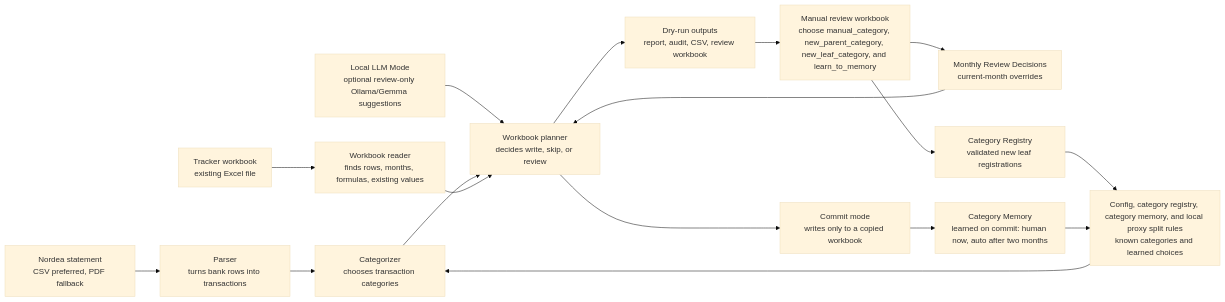
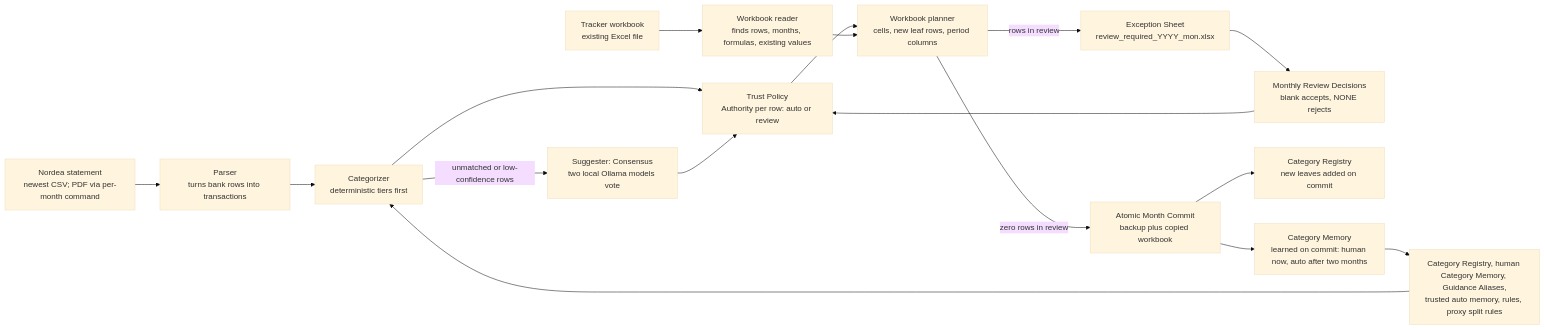
Before and after one commit to EricleungDK/personalwealthtracker: the second of 5 diagrams in docs/project_overview.md, drawn with Mermaid (base theme). The commit also changed other lines of this file and 28 other files, not shown here.

Commit message:
docs: consolidate docs, split context.md into snapshot + decisions log

````diff
--- a/docs/project_overview.md
+++ b/docs/project_overview.md
@@ -47,21 +47,21 @@
 ```mermaid
 flowchart LR
-  Statement["Nordea statement<br/>CSV preferred, PDF fallback"] --> Parser["Parser<br/>turns bank rows into transactions"]
+  Statement["Nordea statement<br/>newest CSV; PDF via per-month command"] --> Parser["Parser<br/>turns bank rows into transactions"]
   Tracker["Tracker workbook<br/>existing Excel file"] --> WorkbookRead["Workbook reader<br/>finds rows, months, formulas, existing values"]
-  Rules["Config, category registry, category memory, and local proxy split rules<br/>known categories and learned choices"] --> Categorizer["Categorizer<br/>chooses transaction categories"]
-  LocalLLM["Local LLM Mode<br/>optional review-only Ollama/Gemma suggestions"] --> Planner
+  Rules["Category Registry, human Category Memory, Guidance Aliases,<br/>trusted auto memory, rules, proxy split rules"] --> Categorizer["Categorizer<br/>deterministic tiers first"]
 
   Parser --> Categorizer
-  Categorizer --> Planner["Workbook planner<br/>decides write, skip, or review"]
+  Categorizer -->|"unmatched or low-confidence rows"| Suggester["Suggester: Consensus<br/>two local Ollama models vote"]
+  Categorizer --> Policy["Trust Policy<br/>Authority per row: auto or review"]
+  Suggester --> Policy
+  Policy --> Planner["Workbook planner<br/>cells, new leaf rows, period columns"]
   WorkbookRead --> Planner
 
-  Planner --> DryRun["Dry-run outputs<br/>report, audit, CSV, review workbook"]
-  DryRun --> Review["Manual review workbook<br/>choose manual_category, new_parent_category, new_leaf_category, and learn_to_memory"]
-  Review --> Decisions["Monthly Review Decisions<br/>current-month overrides"]
-  Review --> Registry["Category Registry<br/>validated new leaf registrations"]
-  Registry --> Rules
-  Decisions --> Planner
+  Planner -->|"rows in review"| Sheet["Exception Sheet<br/>review_required_YYYY_mon.xlsx"]
+  Sheet --> Decisions["Monthly Review Decisions<br/>blank accepts, NONE rejects"]
+  Decisions --> Policy
+  Planner -->|"zero rows in review"| Commit["Atomic Month Commit<br/>backup plus copied workbook"]
+  Commit --> Registry["Category Registry<br/>new leaves added on commit"]
+  Commit --> Memory["Category Memory<br/>learned on commit: human now, auto after two months"]
   Memory --> Rules
-  Planner --> Commit["Commit mode<br/>writes only to a copied workbook"]
-  Commit --> Memory["Category Memory<br/>learned on commit: human now, auto after two months"]
 ```
````
